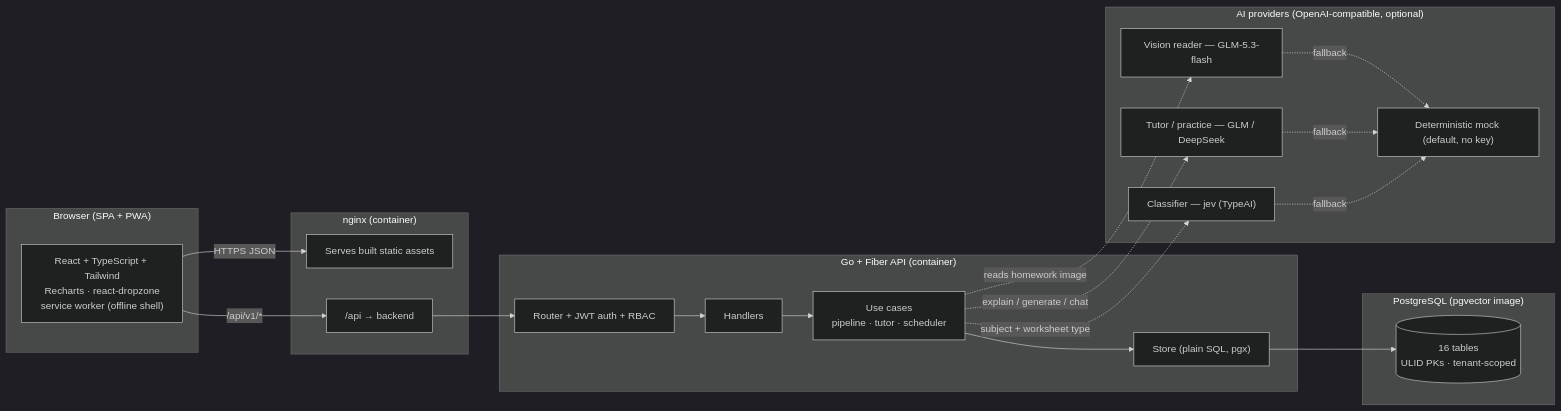
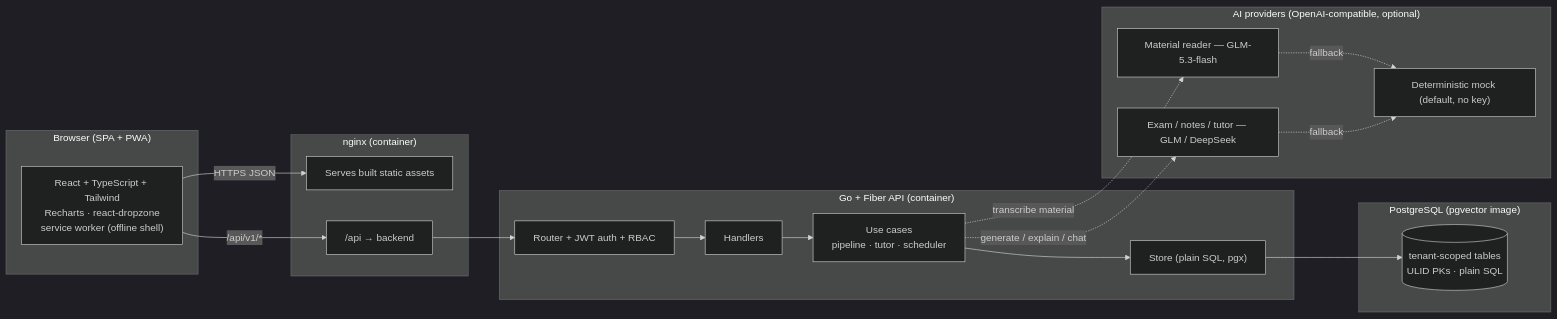
One commit to akbarharyadi/homework-studio changed the first of 8 diagrams in docs/TECHNICAL.md. Above: the diagram before and after it, drawn with Mermaid (dark theme). The commit also changed other lines of this file and 22 other files, not shown here.

First line of the commit message:
Rewrite the manual + technical doc for the material → exam model

````diff
--- a/docs/TECHNICAL.md
+++ b/docs/TECHNICAL.md
@@ -31,38 +32,35 @@
 ```mermaid
 flowchart LR
     subgraph Client["Browser (SPA + PWA)"]
         UI["React + TypeScript + Tailwind<br/>Recharts · react-dropzone<br/>service worker (offline shell)"]
     end
 
     subgraph Edge["nginx (container)"]
         STATIC["Serves built static assets"]
         PROXY["/api → backend"]
     end
 
     subgraph API["Go + Fiber API (container)"]
         RT["Router + JWT auth + RBAC"]
         HD["Handlers"]
         UC["Use cases<br/>pipeline · tutor · scheduler"]
         ST["Store (plain SQL, pgx)"]
     end
 
     subgraph Data["PostgreSQL (pgvector image)"]
-        PG[("16 tables<br/>ULID PKs · tenant-scoped")]
+        PG[("tenant-scoped tables<br/>ULID PKs · plain SQL")]
     end
 
     subgraph AI["AI providers (OpenAI-compatible, optional)"]
-        VIS["Vision reader — GLM-5.3-flash"]
-        TUT["Tutor / practice — GLM / DeepSeek"]
-        CLS["Classifier — jev (TypeAI)"]
+        VIS["Material reader — GLM-5.3-flash"]
+        TUT["Exam / notes / tutor — GLM / DeepSeek"]
         MOCK["Deterministic mock (default, no key)"]
     end
 
     UI -->|HTTPS JSON| STATIC
     UI -->|/api/v1/*| PROXY --> RT --> HD --> UC --> ST --> PG
-    UC -.->|reads homework image| VIS
-    UC -.->|explain / generate / chat| TUT
-    UC -.->|subject + worksheet type| CLS
+    UC -.->|transcribe material| VIS
+    UC -.->|generate / explain / chat| TUT
     VIS -. fallback .-> MOCK
     TUT -. fallback .-> MOCK
-    CLS -. fallback .-> MOCK
 ```
````
